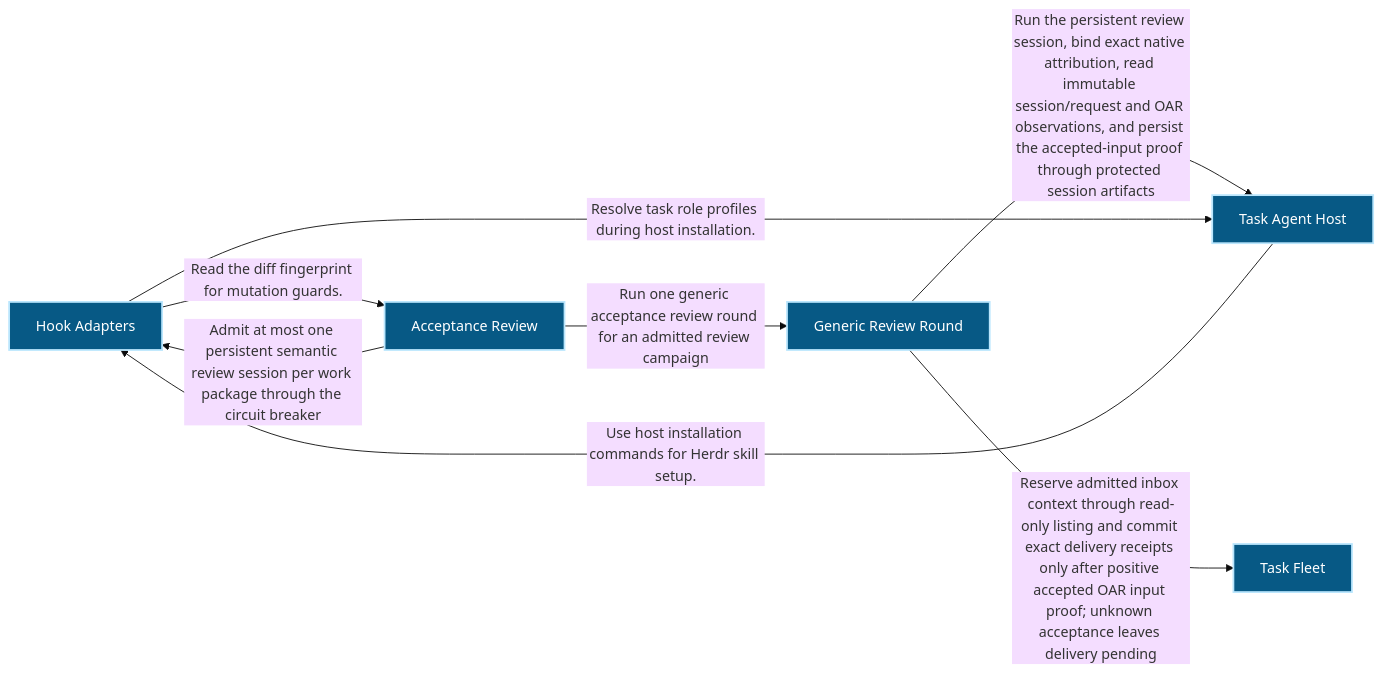
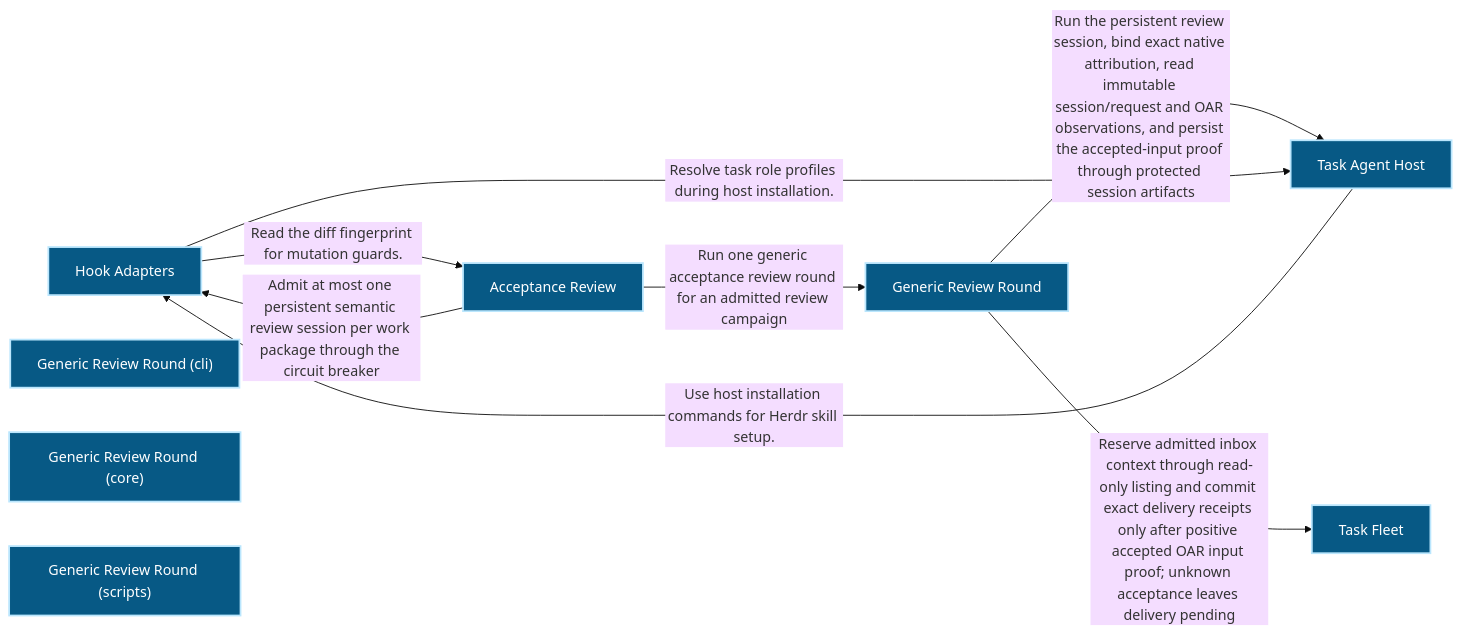
One commit to Ancienttwo/repo-harness changed the first of 3 diagrams in docs/architecture/modules/verification/acceptance-review.md. Above: the diagram before and after it, drawn with Mermaid (base theme). The commit also changed other lines of this file and 32 other files, not shown here.

First line of the commit message:
chore(projection): refresh generated architecture outputs for main@4c37d26d25c7

````diff
--- a/docs/architecture/modules/verification/acceptance-review.md
+++ b/docs/architecture/modules/verification/acceptance-review.md
@@ -16,19 +16,22 @@
 ```mermaid
 flowchart LR
   p1_capability_organization_task_fleet_134b5125["Task Fleet"]:::component
   p1_capability_runtime_harness_hook_adapters_75a11743["Hook Adapters"]:::component
   p1_capability_runtime_harness_task_agent_host_d81dadb6["Task Agent Host"]:::component
   p1_capability_verification_acceptance_review_f80a24d6["Acceptance Review"]:::component
   p1_component_acceptance_review_primary_b86fb286["Generic Review Round"]:::component
+  p1_component_acceptance_review_primary_cli_16f323d1["Generic Review Round (cli)"]:::component
+  p1_component_acceptance_review_primary_core_dad45fa1["Generic Review Round (core)"]:::component
+  p1_component_acceptance_review_primary_scripts_fb66eb00["Generic Review Round (scripts)"]:::component
   p1_capability_verification_acceptance_review_f80a24d6 -->|"Admit at most one persistent semantic review session per work package through the circuit breaker"| p1_capability_runtime_harness_hook_adapters_75a11743
   p1_capability_verification_acceptance_review_f80a24d6 -->|"Run one generic acceptance review round for an admitted review campaign"| p1_component_acceptance_review_primary_b86fb286
   p1_component_acceptance_review_primary_b86fb286 -->|"Run the persistent review session#44; bind exact native attribution#44; read immutable session/request and OAR observations#44; and persist the accepted-input proof through protected session artifacts"| p1_capability_runtime_harness_task_agent_host_d81dadb6
   p1_component_acceptance_review_primary_b86fb286 -->|"Reserve admitted inbox context through read-only listing and commit exact delivery receipts only after positive accepted OAR input proof#59; unknown acceptance leaves delivery pending"| p1_capability_organization_task_fleet_134b5125
   p1_capability_runtime_harness_hook_adapters_75a11743 -->|"Read the diff fingerprint for mutation guards."| p1_capability_verification_acceptance_review_f80a24d6
   p1_capability_runtime_harness_hook_adapters_75a11743 -->|"Resolve task role profiles during host installation."| p1_capability_runtime_harness_task_agent_host_d81dadb6
   p1_capability_runtime_harness_task_agent_host_d81dadb6 -->|"Use host installation commands for Herdr skill setup."| p1_capability_runtime_harness_hook_adapters_75a11743
   classDef actor fill:#111827,color:#ffffff,stroke:#f9fafb,stroke-width:2px
   classDef component fill:#075985,color:#ffffff,stroke:#bae6fd,stroke-width:2px
   classDef datastore fill:#3f6212,color:#ffffff,stroke:#d9f99d,stroke-width:2px
   classDef external fill:#7c2d12,color:#ffffff,stroke:#fed7aa,stroke-width:2px
 ```
````
